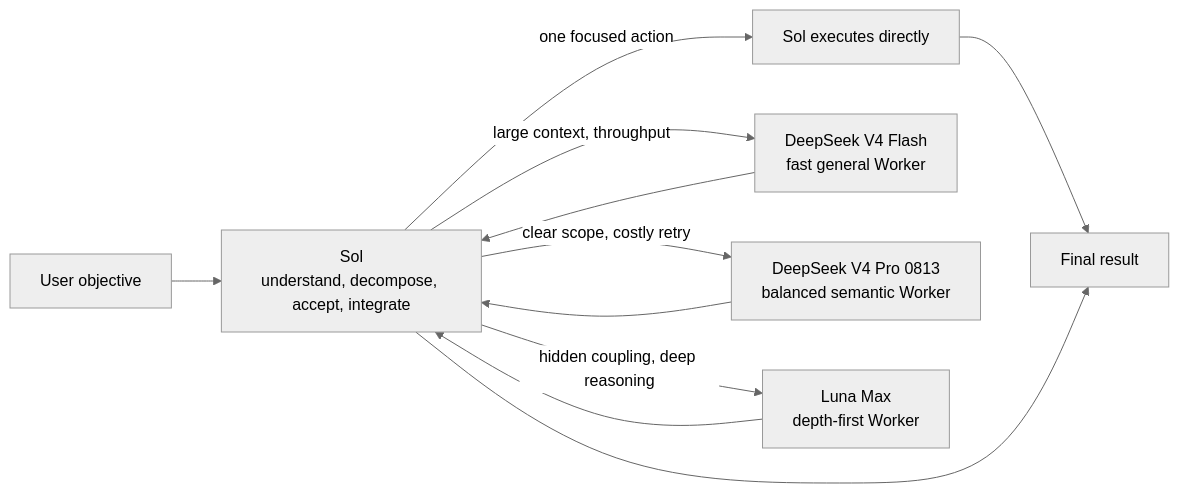
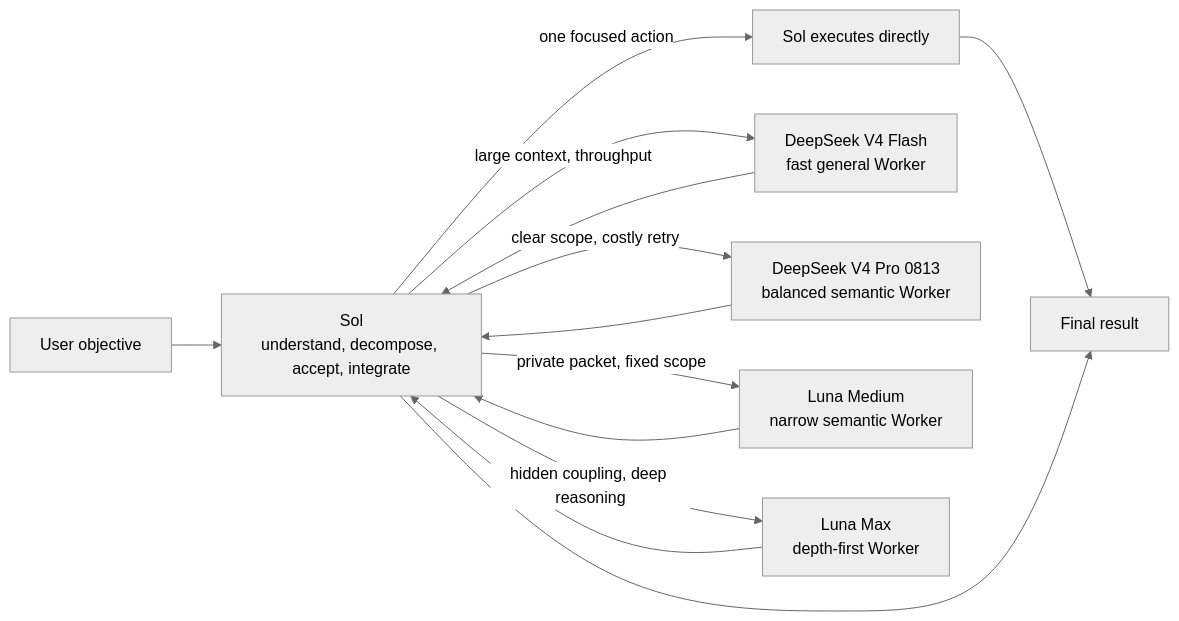
One commit to liuyejinghong/sol-worker-routing-codex changed the diagram in README.en.md. Above: the diagram before and after it, drawn with Mermaid (neutral theme). The commit also changed other lines of this file and 8 other files, not shown here.

Commit message:
feat: add Luna Medium routing lane

````diff
--- a/README.en.md
+++ b/README.en.md
@@ -58,13 +61,15 @@
 ```mermaid
 flowchart LR
     U["User objective"] --> S["Sol<br/>understand, decompose, accept, integrate"]
     S -->|"one focused action"| D["Sol executes directly"]
     S -->|"large context, throughput"| DS["DeepSeek V4 Flash<br/>fast general Worker"]
     S -->|"clear scope, costly retry"| DP["DeepSeek V4 Pro 0813<br/>balanced semantic Worker"]
+    S -->|"private packet, fixed scope"| LM["Luna Medium<br/>narrow semantic Worker"]
     S -->|"hidden coupling, deep reasoning"| L["Luna Max<br/>depth-first Worker"]
     D --> O["Final result"]
     DS --> S
     DP --> S
+    LM --> S
     L --> S
     S --> O
 ```
````
